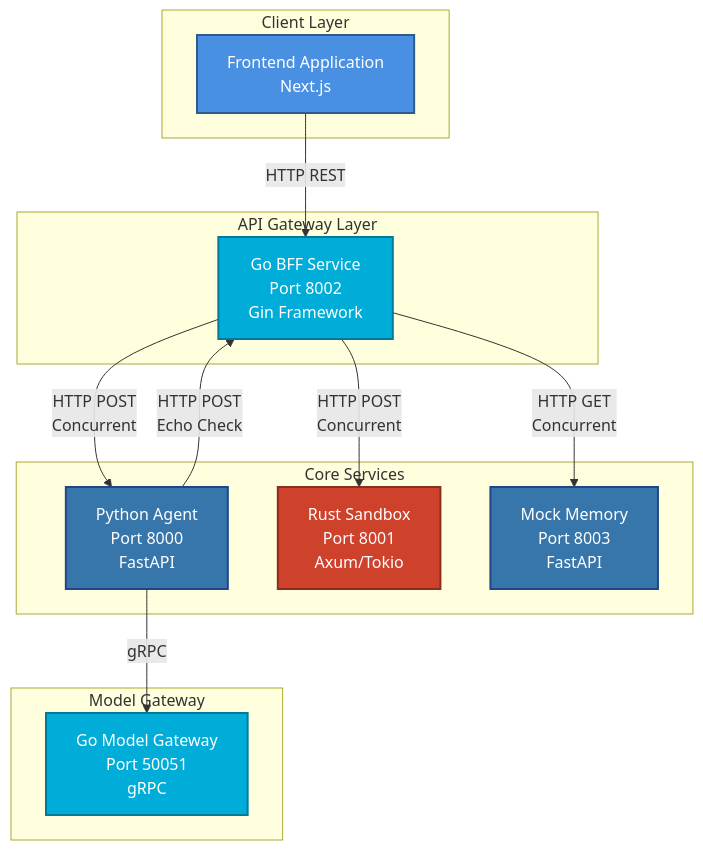
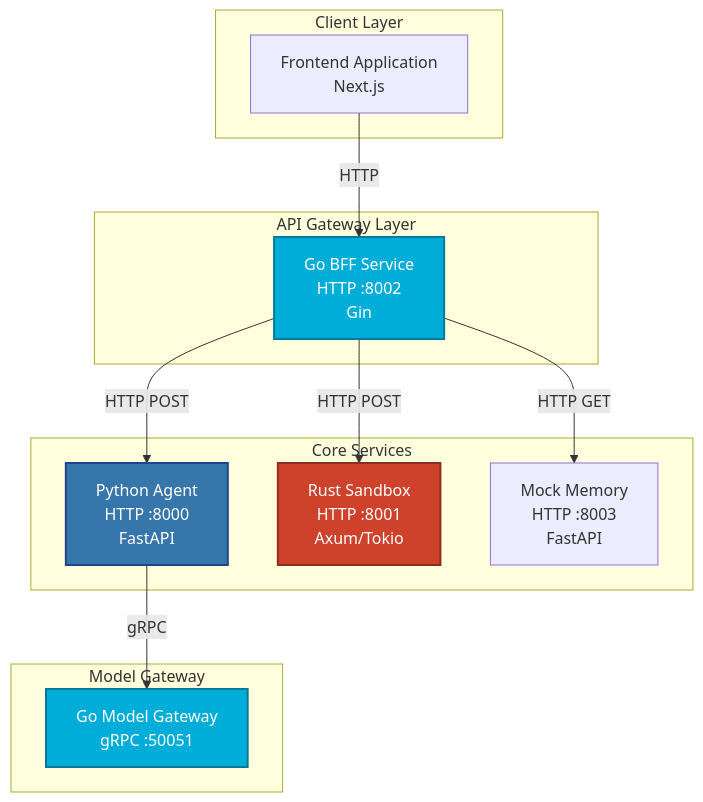
The second of 9 diagrams in README.md (c04ch1337/pagi-backend-core), drawn with Mermaid before and after one commit. The commit also changed other lines of this file and 17 other files, not shown here.

````diff
--- a/README.md
+++ b/README.md
@@ -37,34 +88,31 @@
 ```mermaid
 graph TB
     subgraph "Client Layer"
         FE[Frontend Application<br/>Next.js]
     end
-    
+
     subgraph "API Gateway Layer"
-        BFF[Go BFF Service<br/>Port 8002<br/>Gin Framework]
+        BFF[Go BFF Service<br/>HTTP :8002<br/>Gin]
     end
-    
+
     subgraph "Core Services"
-        PY[Python Agent<br/>Port 8000<br/>FastAPI]
-        RS[Rust Sandbox<br/>Port 8001<br/>Axum/Tokio]
-        MM[Mock Memory<br/>Port 8003<br/>FastAPI]
+        PY[Python Agent<br/>HTTP :8000<br/>FastAPI]
+        RS2[Rust Sandbox<br/>HTTP :8001<br/>Axum/Tokio]
+        MM[Mock Memory<br/>HTTP :8003<br/>FastAPI]
     end
-    
+
     subgraph "Model Gateway"
-        MG[Go Model Gateway<br/>Port 50051<br/>gRPC]
+        MG2[Go Model Gateway<br/>gRPC :50051]
     end
-    
-    FE -->|HTTP REST| BFF
-    BFF -->|HTTP POST<br/>Concurrent| PY
-    BFF -->|HTTP POST<br/>Concurrent| RS
-    BFF -->|HTTP GET<br/>Concurrent| MM
-    PY -->|gRPC| MG
-    PY -->|HTTP POST<br/>Echo Check| BFF
-    
-    style FE fill:#4A90E2,stroke:#2E5C8A,stroke-width:2px,color:#fff
+
+    FE -->|HTTP| BFF
+    BFF -->|HTTP POST| PY
+    BFF -->|HTTP POST| RS2
+    BFF -->|HTTP GET| MM
+    PY -->|gRPC| MG2
+
     style BFF fill:#00ADD8,stroke:#007A9B,stroke-width:2px,color:#fff
     style PY fill:#3776AB,stroke:#1F4788,stroke-width:2px,color:#fff
-    style RS fill:#CE412B,stroke:#8B2E1F,stroke-width:2px,color:#fff
-    style MM fill:#3776AB,stroke:#1F4788,stroke-width:2px,color:#fff
-    style MG fill:#00ADD8,stroke:#007A9B,stroke-width:2px,color:#fff
+    style RS2 fill:#CE412B,stroke:#8B2E1F,stroke-width:2px,color:#fff
+    style MG2 fill:#00ADD8,stroke:#007A9B,stroke-width:2px,color:#fff
 ```
````
